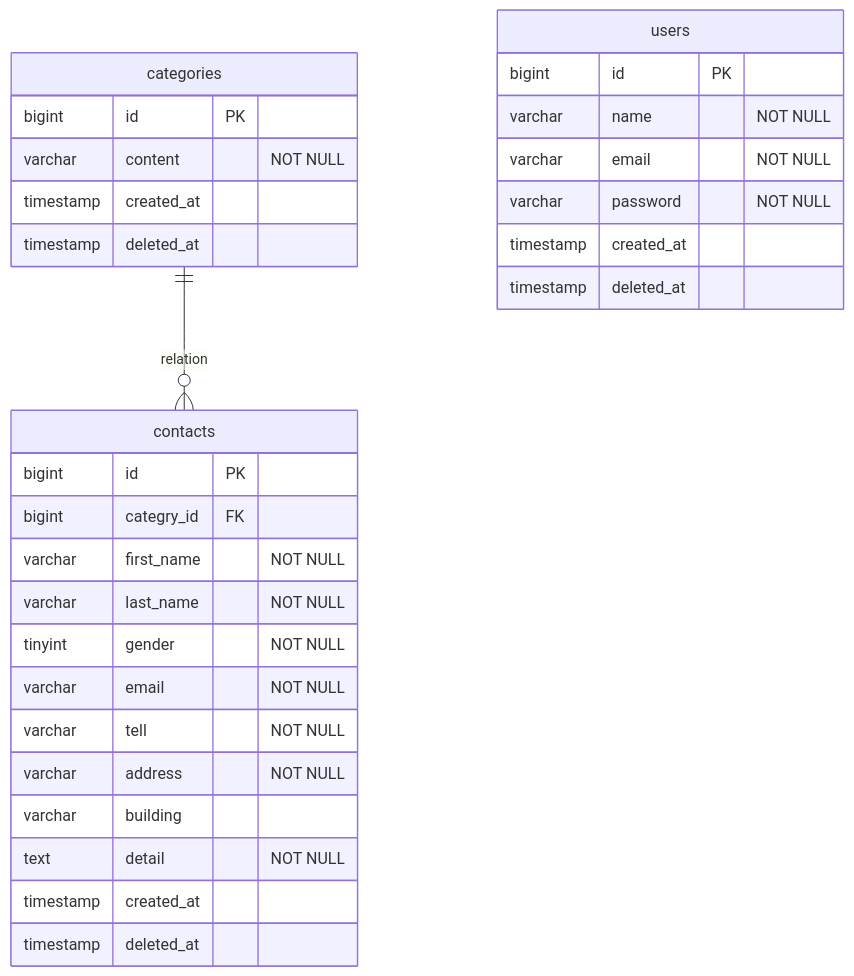
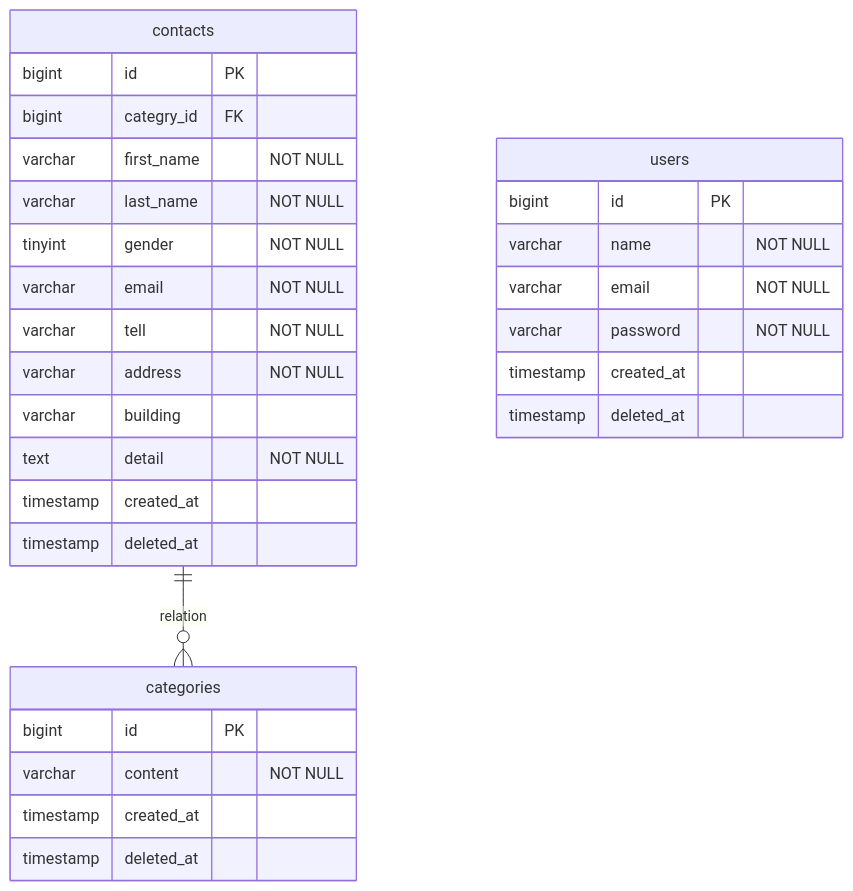
One commit to yukit4mu/test_contact-form changed the diagram in README.md. Above: the diagram before and after it, drawn with Mermaid.

````diff
--- a/README.md
+++ b/README.md
@@ -28,36 +28,36 @@
 ```mermaid
 erDiagram
 
-  categories ||--o{contacts : "relation"
+  contacts ||--o{ categories: "relation"
 
   contacts {
     bigint id PK
     bigint categry_id FK
     varchar first_name "NOT NULL"
     varchar last_name "NOT NULL"
     tinyint gender "NOT NULL"
     varchar email "NOT NULL"
     varchar tell "NOT NULL"
     varchar address "NOT NULL"
     varchar building
     text detail "NOT NULL"
     timestamp created_at
     timestamp deleted_at
   }
 
    categories{
     bigint id PK
     varchar content "NOT NULL"
     timestamp created_at
     timestamp deleted_at
   }
 
   users {
     bigint id PK
     varchar name "NOT NULL"
     varchar email "NOT NULL"
     varchar password "NOT NULL"
     timestamp created_at
     timestamp deleted_at
   }
 ```
````
